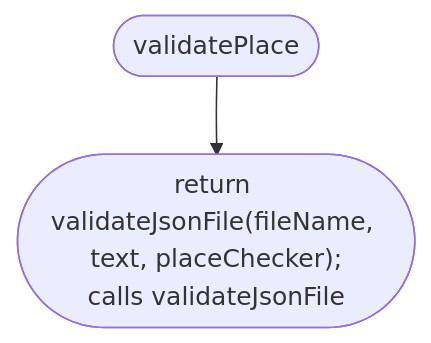
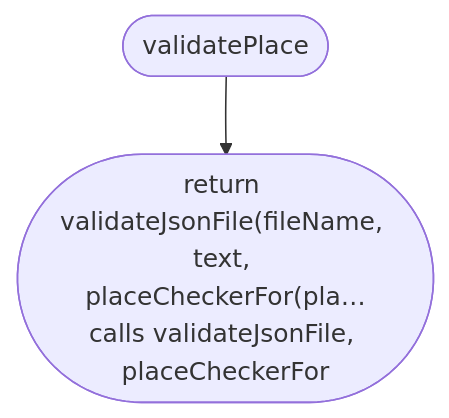
One commit to NewDara-Star/world-engine changed the ninth of 9 diagrams in docs/flows/src/place/place.md. Above: the diagram before and after it, drawn with Mermaid. The commit also changed other lines of this file and 15 other files, not shown here.

````diff
--- a/docs/flows/src/place/place.md
+++ b/docs/flows/src/place/place.md
@@ -59,6 +156,6 @@
 ```mermaid
 flowchart TD
   n1(["validatePlace"])
-  n2(["return validateJsonFile(fileName, text, placeChecker);<br/>calls validateJsonFile"])
+  n2(["return validateJsonFile(fileName, text, placeCheckerFor(pla…<br/>calls validateJsonFile, placeCheckerFor"])
   n1 --> n2
 ```
````
